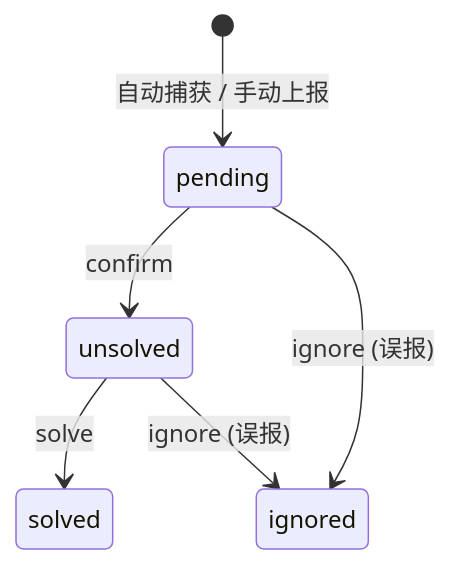
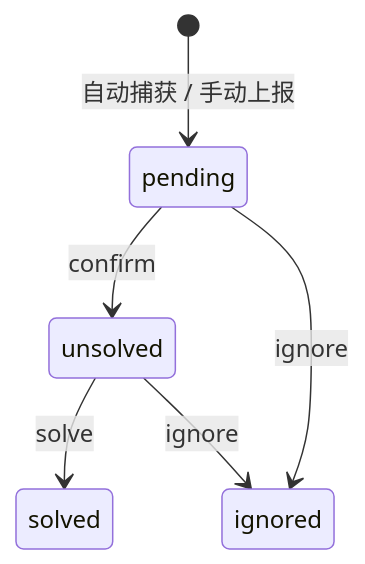
Before and after one commit to p0rt39/nonebot-plugin-ruok: the diagram in README.md, drawn with Mermaid. The commit also changed other lines of this file, not shown here.

````diff
--- a/README.md
+++ b/README.md
@@ -32,8 +201,8 @@
 ```mermaid
 stateDiagram-v2
     [*] --> pending: 自动捕获 / 手动上报
     pending --> unsolved: confirm
-    pending --> ignored: ignore (误报)
+    pending --> ignored: ignore
     unsolved --> solved: solve
-    unsolved --> ignored: ignore (误报)
+    unsolved --> ignored: ignore
 ```
````
